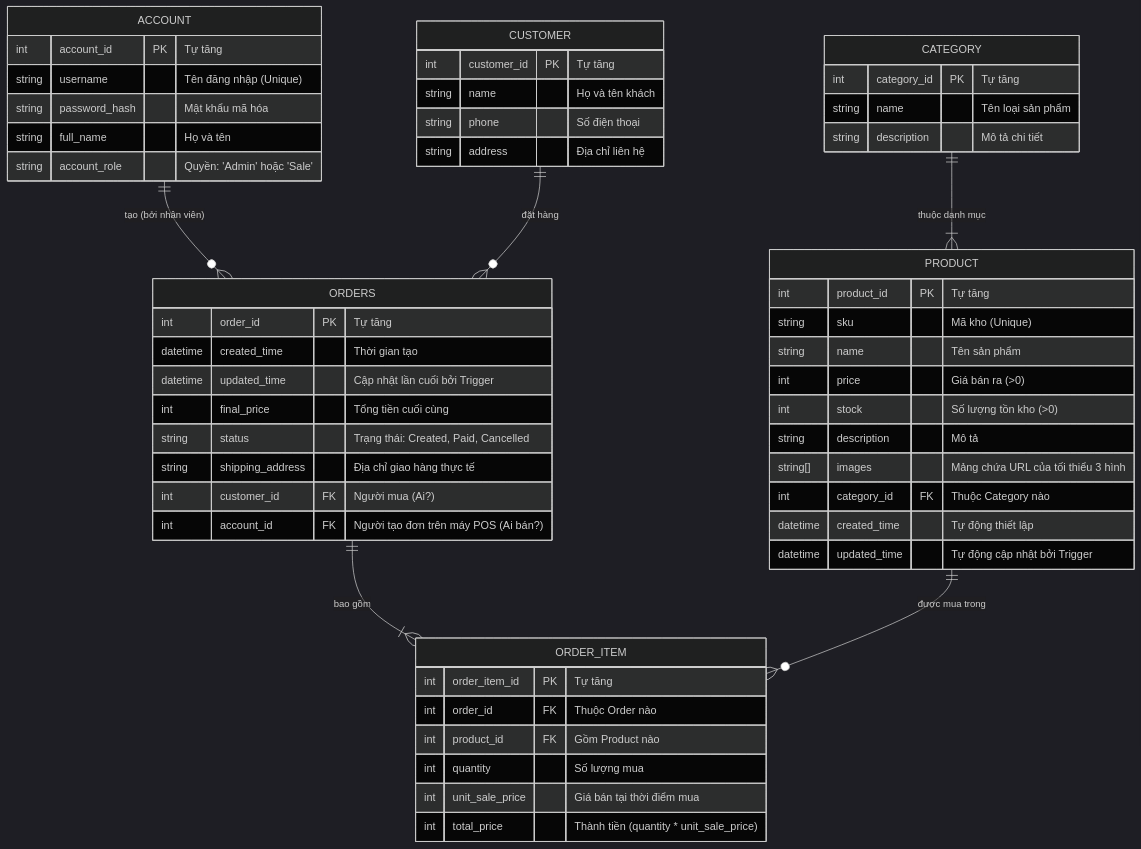
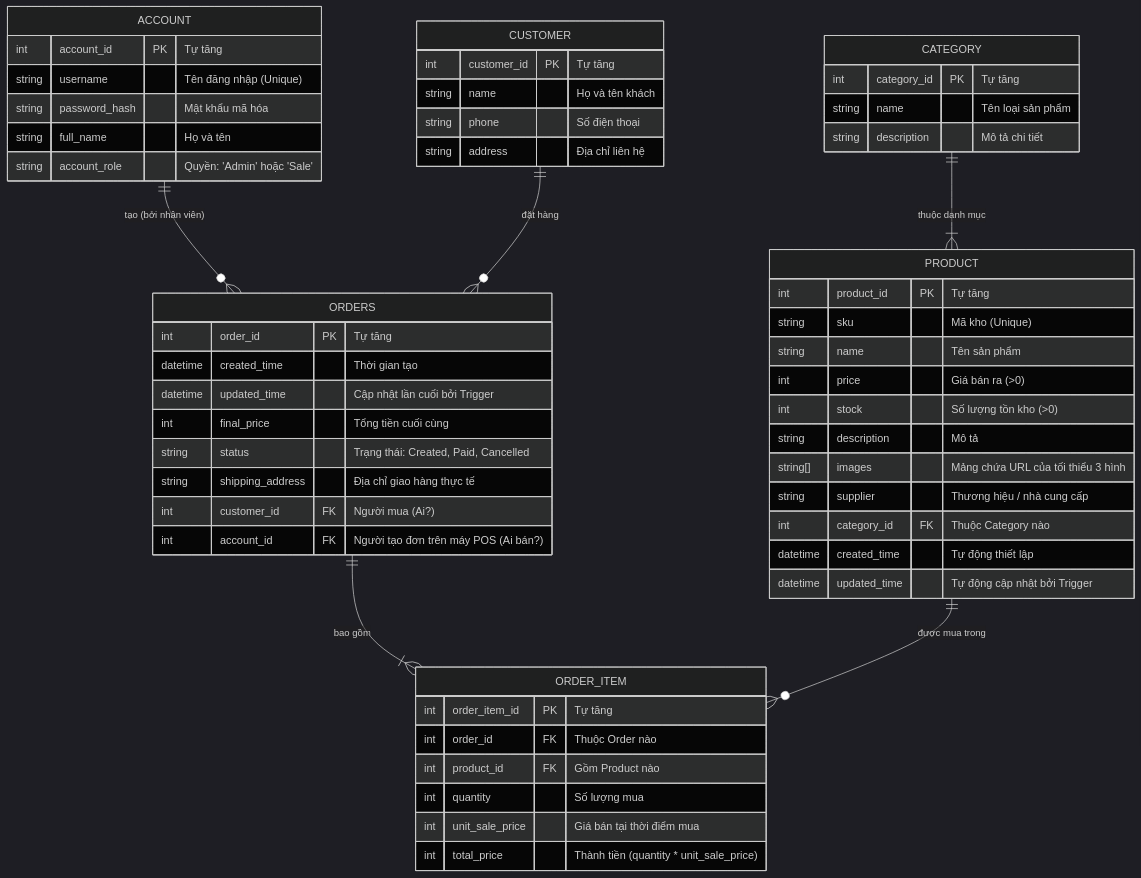
One commit to hbnnnnnnn/CSC13001-my-shop-project changed the diagram in backend/ARCHITECTURE.md. Above: the diagram before and after it, drawn with Mermaid (dark theme). The commit also changed 3 other files, not shown here.

````diff
--- a/backend/ARCHITECTURE.md
+++ b/backend/ARCHITECTURE.md
@@ -58,62 +58,63 @@
 ```mermaid
 erDiagram
     ACCOUNT ||--o{ ORDERS : "tạo (bởi nhân viên)"
     CUSTOMER ||--o{ ORDERS : "đặt hàng"
     CATEGORY ||--|{ PRODUCT : "thuộc danh mục"
     ORDERS ||--|{ ORDER_ITEM : "bao gồm"
     PRODUCT ||--o{ ORDER_ITEM : "được mua trong"
 
     ACCOUNT {
         int account_id PK "Tự tăng"
         string username "Tên đăng nhập (Unique)"
         string password_hash "Mật khẩu mã hóa"
         string full_name "Họ và tên"
         string account_role "Quyền: 'Admin' hoặc 'Sale'"
     }
 
     CUSTOMER {
         int customer_id PK "Tự tăng"
         string name "Họ và tên khách"
         string phone "Số điện thoại"
         string address "Địa chỉ liên hệ"
     }
 
     CATEGORY {
         int category_id PK "Tự tăng"
         string name "Tên loại sản phẩm"
         string description "Mô tả chi tiết"
     }
 
     PRODUCT {
         int product_id PK "Tự tăng"
         string sku "Mã kho (Unique)"
         string name "Tên sản phẩm"
         int price "Giá bán ra (>0)"
         int stock "Số lượng tồn kho (>0)"
         string description "Mô tả"
         string[] images "Mảng chứa URL của tối thiểu 3 hình"
+        string supplier "Thương hiệu / nhà cung cấp"
         int category_id FK "Thuộc Category nào"
         datetime created_time "Tự động thiết lập"
         datetime updated_time "Tự động cập nhật bởi Trigger"
     }
 
     ORDERS {
         int order_id PK "Tự tăng"
         datetime created_time "Thời gian tạo"
         datetime updated_time "Cập nhật lần cuối bởi Trigger"
         int final_price "Tổng tiền cuối cùng"
         string status "Trạng thái: Created, Paid, Cancelled"
         string shipping_address "Địa chỉ giao hàng thực tế"
         int customer_id FK "Người mua (Ai?)"
         int account_id FK "Người tạo đơn trên máy POS (Ai bán?)"
     }
 
     ORDER_ITEM {
         int order_item_id PK "Tự tăng"
         int order_id FK "Thuộc Order nào"
         int product_id FK "Gồm Product nào"
         int quantity "Số lượng mua"
         int unit_sale_price "Giá bán tại thời điểm mua"
         int total_price "Thành tiền (quantity * unit_sale_price)"
     }
 ```
````
